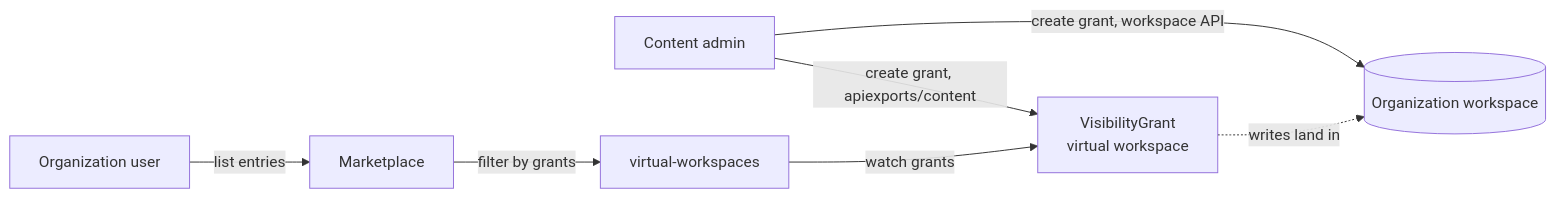
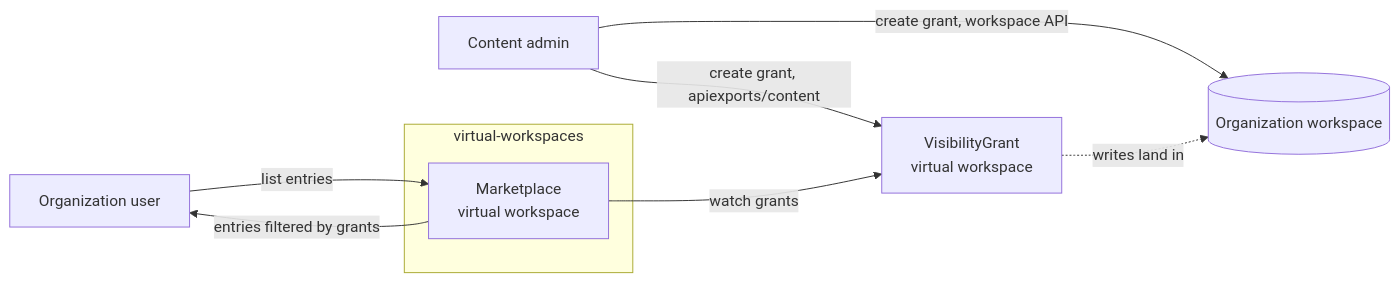
Before and after one commit to brsmnv/platform-mesh-architecture: the diagram in rfc/010-visibility-grant.md, drawn with Mermaid. The commit also changed other lines of this file, not shown here.

First line of the commit message:
Update diagram and improve wording

````diff
--- a/rfc/010-visibility-grant.md
+++ b/rfc/010-visibility-grant.md
@@ -90,16 +90,18 @@
 ```mermaid
 flowchart LR
   admin[Content admin]
   org[(Organization workspace)]
   vw[VisibilityGrant<br/>virtual workspace]
-  svc[virtual-workspaces]
   user[Organization user]
-  mp[Marketplace]
+
+  subgraph svc [virtual-workspaces]
+    mp[Marketplace<br/>virtual workspace]
+  end
 
   admin -->|create grant, workspace API| org
   admin -->|create grant, apiexports/content| vw
   vw -.->|writes land in| org
-  svc -->|watch grants| vw
+  mp -->|watch grants| vw
   user -->|list entries| mp
-  mp -->|filter by grants| svc
+  mp -->|entries filtered by grants| user
 ```
````
